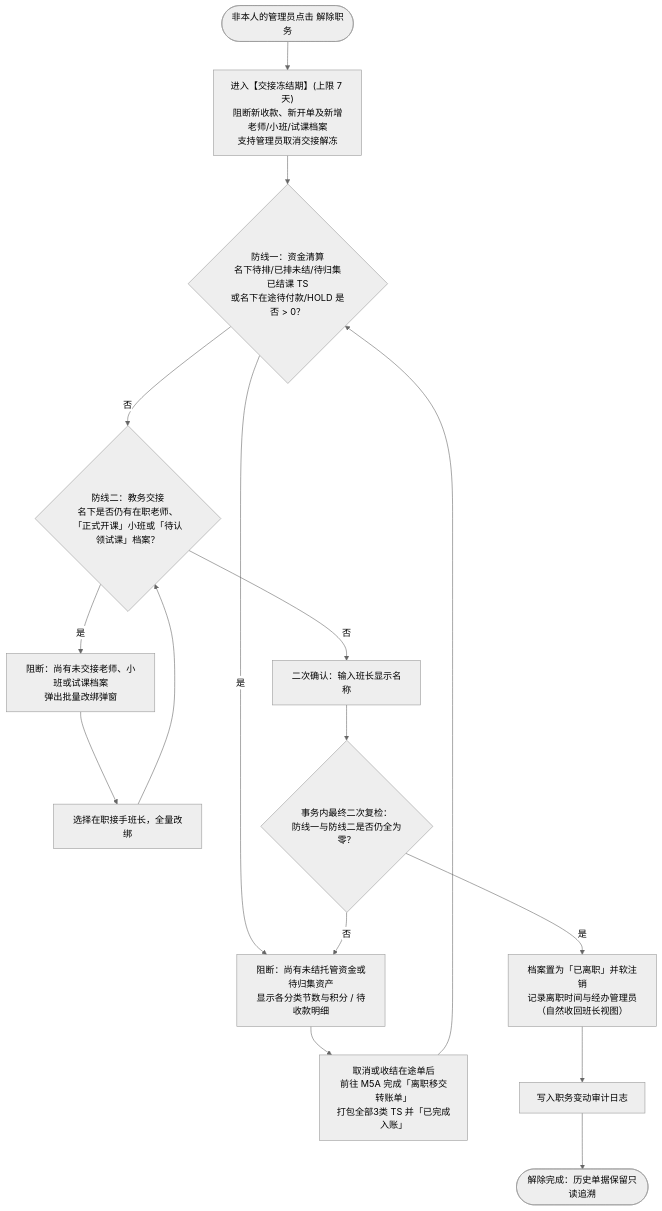
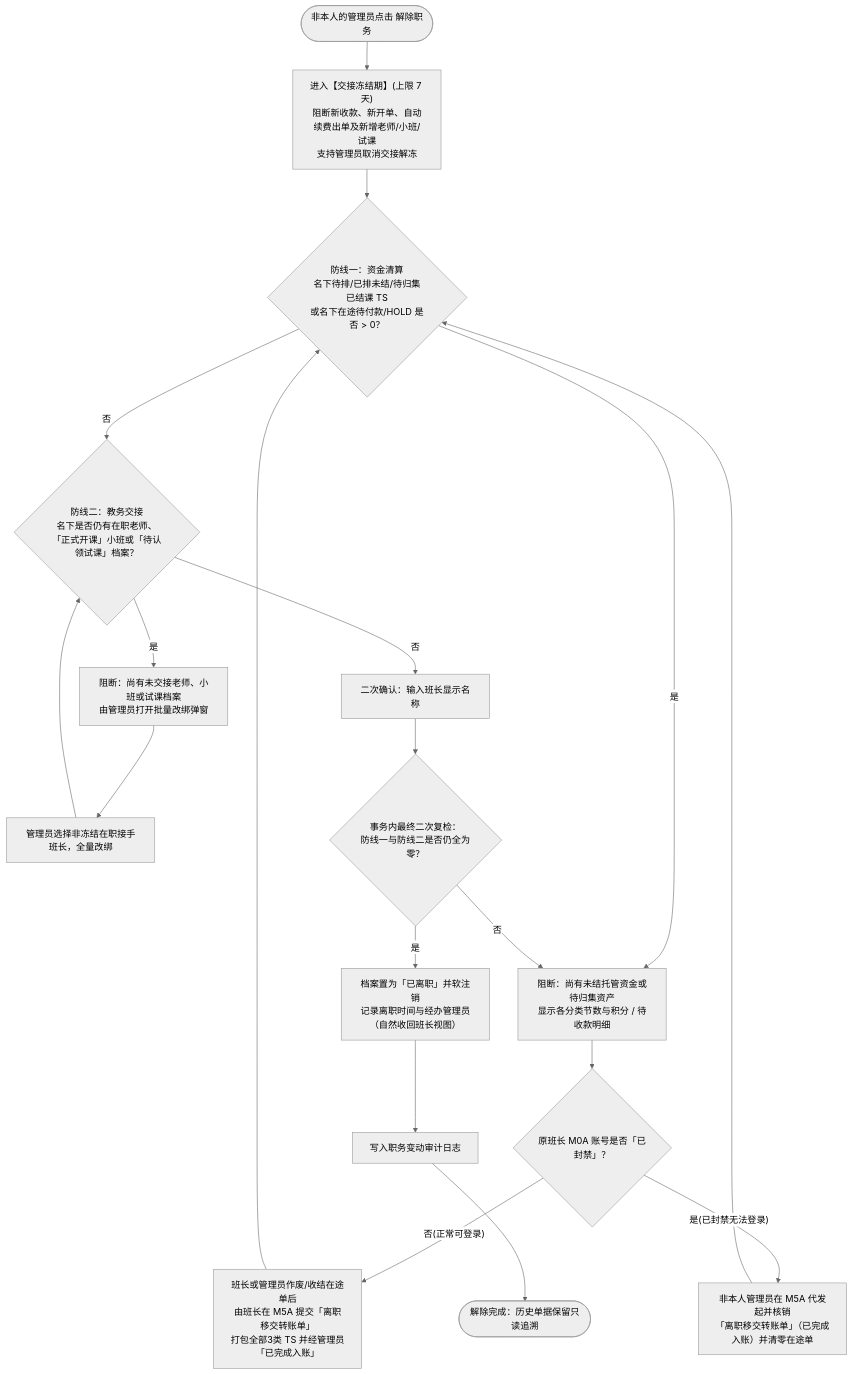
The fourth of 9 diagrams in docs/prd/m1b_teacher_profile.md (Onezao/dream), drawn with Mermaid (neutral theme) before and after one commit. The commit also changed other lines of this file and 34 other files, not shown here.

````diff
--- a/docs/prd/m1b_teacher_profile.md
+++ b/docs/prd/m1b_teacher_profile.md
@@ -149,18 +179,21 @@
 ```mermaid
 flowchart TD
-    Start(["非本人的管理员点击 解除职务"]) --> Freeze["进入【交接冻结期】(上限 7 天)\n阻断新收款、新开单及新增老师/小班/试课档案\n支持管理员取消交接解冻"]
+    Start(["非本人的管理员点击 解除职务"]) --> Freeze["进入【交接冻结期】(上限 7 天)\n阻断新收款、新开单、自动续费出单及新增老师/小班/试课\n支持管理员取消交接解冻"]
     Freeze --> D1{"防线一：资金清算\n名下待排/已排未结/待归集已结课 TS\n或名下在途待付款/HOLD 是否 > 0？"}
     D1 -->|"是"| Block1["阻断：尚有未结托管资金或待归集资产\n显示各分类节数与积分 / 待收款明细"]
-    Block1 --> M5A["取消或收结在途单后\n前往 M5A 完成「离职移交转账单」\n打包全部3类 TS 并「已完成入账」"]
+    Block1 --> BannedCheck{"原班长 M0A 账号是否「已封禁」？"}
+    BannedCheck -->|"否(正常可登录)"| M5A["班长或管理员作废/收结在途单后\n由班长在 M5A 提交「离职移交转账单」\n打包全部3类 TS 并经管理员「已完成入账」"]
+    BannedCheck -->|"是(已封禁无法登录)"| ProxyM5A["非本人管理员在 M5A 代发起并核销\n「离职移交转账单」（已完成入账）并清零在途单"]
     M5A --> D1
+    ProxyM5A --> D1
     D1 -->|"否"| D2{"防线二：教务交接\n名下是否仍有在职老师、\n「正式开课」小班或「待认领试课」档案？"}
-    D2 -->|"是"| Block2["阻断：尚有未交接老师、小班或试课档案\n弹出批量改绑弹窗"]
-    Block2 --> Rebind["选择在职接手班长，全量改绑"]
+    D2 -->|"是"| Block2["阻断：尚有未交接老师、小班或试课档案\n由管理员打开批量改绑弹窗"]
+    Block2 --> Rebind["管理员选择非冻结在职接手班长，全量改绑"]
     Rebind --> D2
     D2 -->|"否"| Confirm["二次确认：输入班长显示名称"]
     Confirm --> Recheck{"事务内最终二次复检：\n防线一与防线二是否仍全为零？"}
     Recheck -->|"否"| Block1
     Recheck -->|"是"| SoftDelete["档案置为「已离职」并软注销\n记录离职时间与经办管理员（自然收回班长视图）"]
     SoftDelete --> Audit["写入职务变动审计日志"]
     Audit --> Done(["解除完成：历史单据保留只读追溯"])
 ```
````
